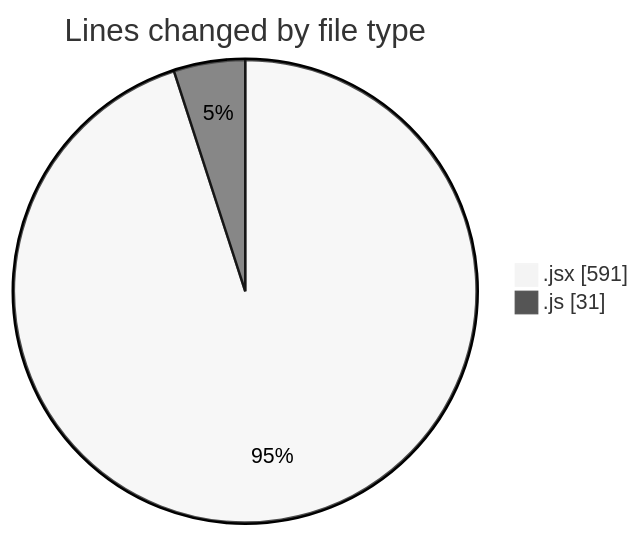
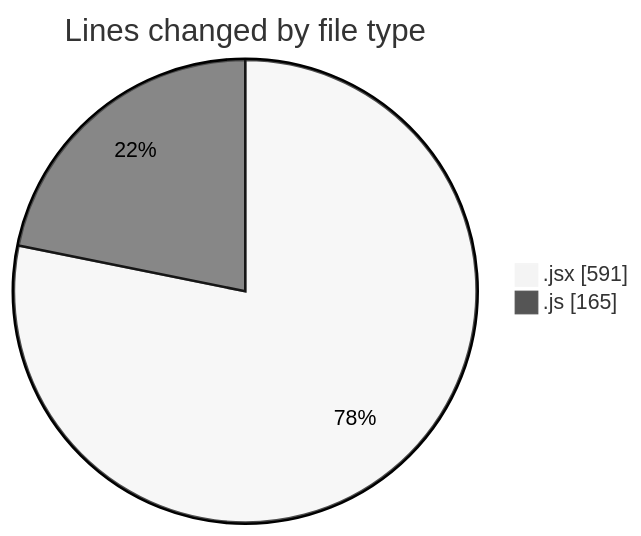
One commit to nxtqubesakshisongat/code-tracking changed the first of 2 diagrams in 2025-11-14/argos/README.md. Above: the diagram before and after it, drawn with Mermaid (neutral theme). The commit also changed other lines of this file and 1 other file, not shown here.

````diff
--- a/2025-11-14/argos/README.md
+++ b/2025-11-14/argos/README.md
@@ -21,6 +22,6 @@
 ```mermaid
 pie showData
 title Lines changed by file type
 ".jsx" : 591
-".js" : 31
+".js" : 165
 ```
````
